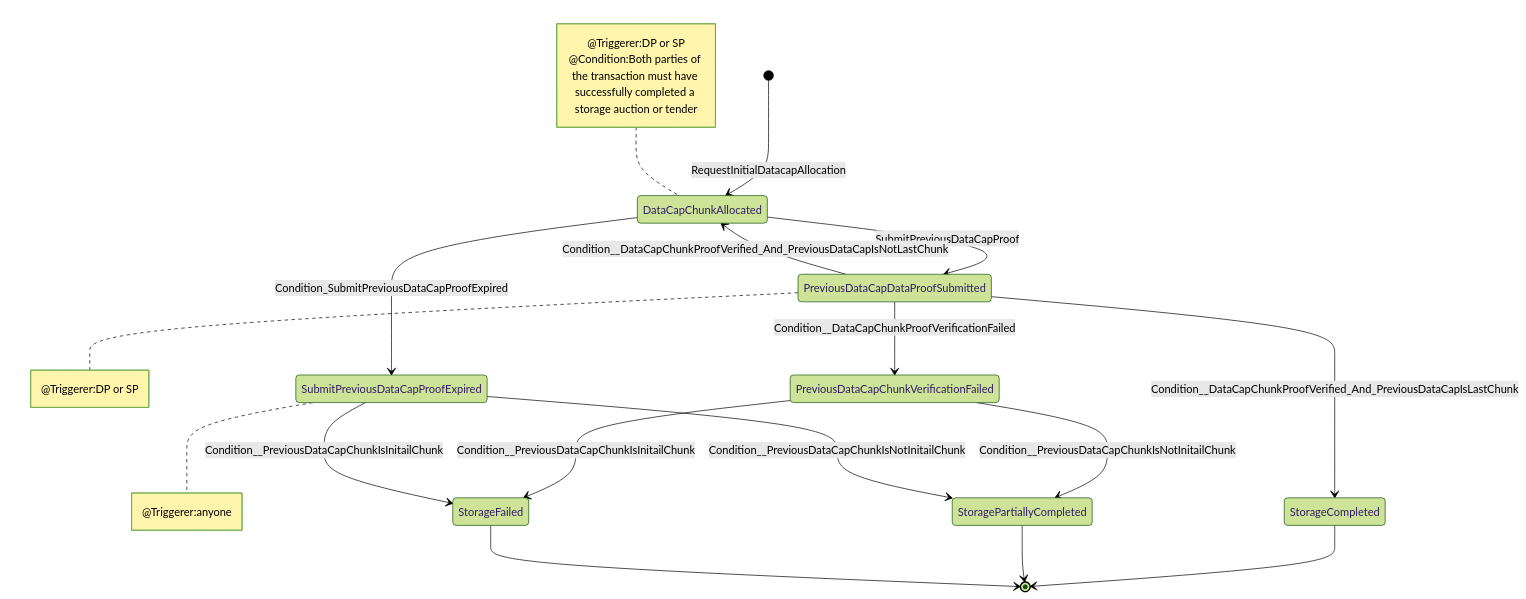
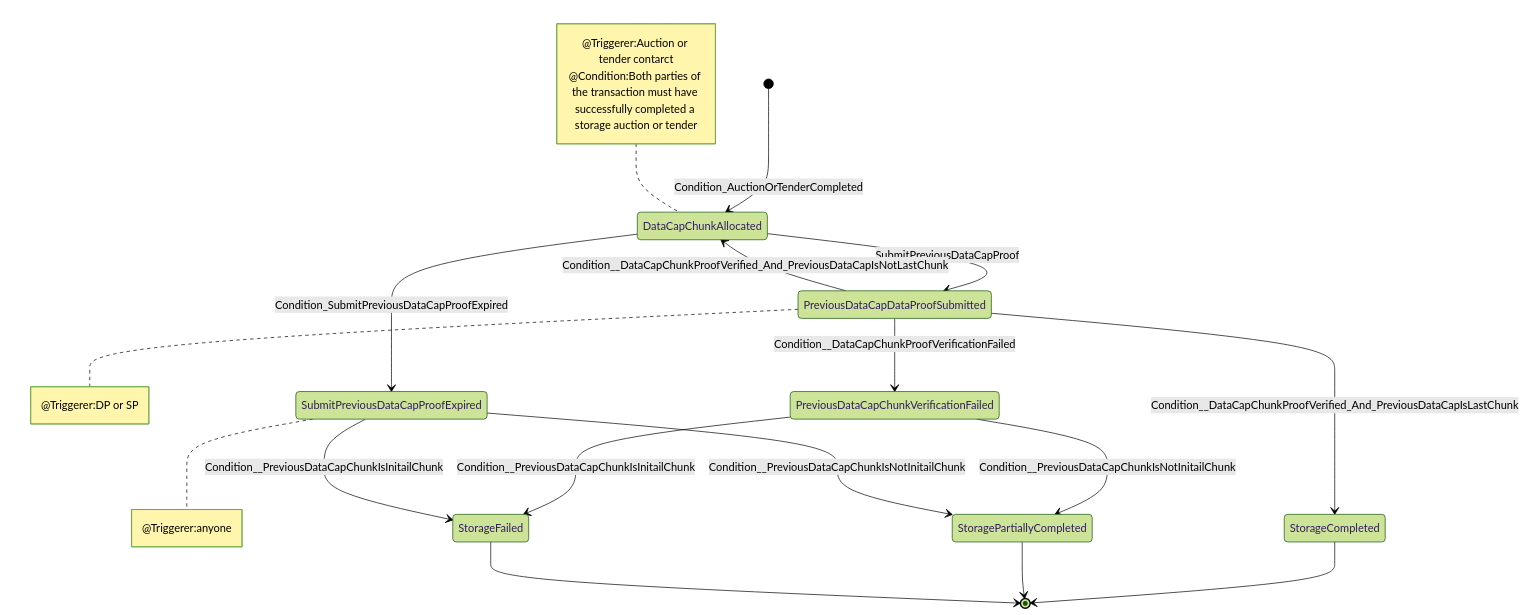
One commit to dataswap/specs changed the third of 3 diagrams in systems/README.md. Above: the diagram before and after it, drawn with Mermaid (forest theme). The commit also changed other lines of this file, not shown here.

Commit message:
update storage deals

````diff
--- a/systems/README.md
+++ b/systems/README.md
@@ -188,28 +188,28 @@
 ```mermaid
 stateDiagram
-    [*]                                     --> DataCapChunkAllocated:RequestInitialDatacapAllocation
+    [*]                                     --> DataCapChunkAllocated:Condition_AuctionOrTenderCompleted
     DataCapChunkAllocated                   --> SubmitPreviousDataCapProofExpired:Condition_SubmitPreviousDataCapProofExpired
     DataCapChunkAllocated                   --> PreviousDataCapDataProofSubmitted:SubmitPreviousDataCapProof
     PreviousDataCapDataProofSubmitted       --> PreviousDataCapChunkVerificationFailed:Condition__DataCapChunkProofVerificationFailed
     PreviousDataCapDataProofSubmitted       --> DataCapChunkAllocated:Condition__DataCapChunkProofVerified_And_PreviousDataCapIsNotLastChunk
     PreviousDataCapDataProofSubmitted       --> StorageCompleted:Condition__DataCapChunkProofVerified_And_PreviousDataCapIsLastChunk
     PreviousDataCapChunkVerificationFailed  --> StorageFailed:Condition__PreviousDataCapChunkIsInitailChunk
     PreviousDataCapChunkVerificationFailed  --> StoragePartiallyCompleted:Condition__PreviousDataCapChunkIsNotInitailChunk
     SubmitPreviousDataCapProofExpired       --> StorageFailed:Condition__PreviousDataCapChunkIsInitailChunk
     SubmitPreviousDataCapProofExpired       --> StoragePartiallyCompleted:Condition__PreviousDataCapChunkIsNotInitailChunk
     StorageCompleted                        --> [*]
     StoragePartiallyCompleted               --> [*]
     StorageFailed                           --> [*]
 
     note left of DataCapChunkAllocated
-      @Triggerer:DP or SP
+      @Triggerer:Auction or tender contarct
       @Condition:Both parties of the transaction must have successfully completed a storage auction or tender
     end note
     note right of SubmitPreviousDataCapProofExpired
       @Triggerer:anyone
     end note
     note right of PreviousDataCapDataProofSubmitted
       @Triggerer:DP or SP
     end note
     
 ```
````
